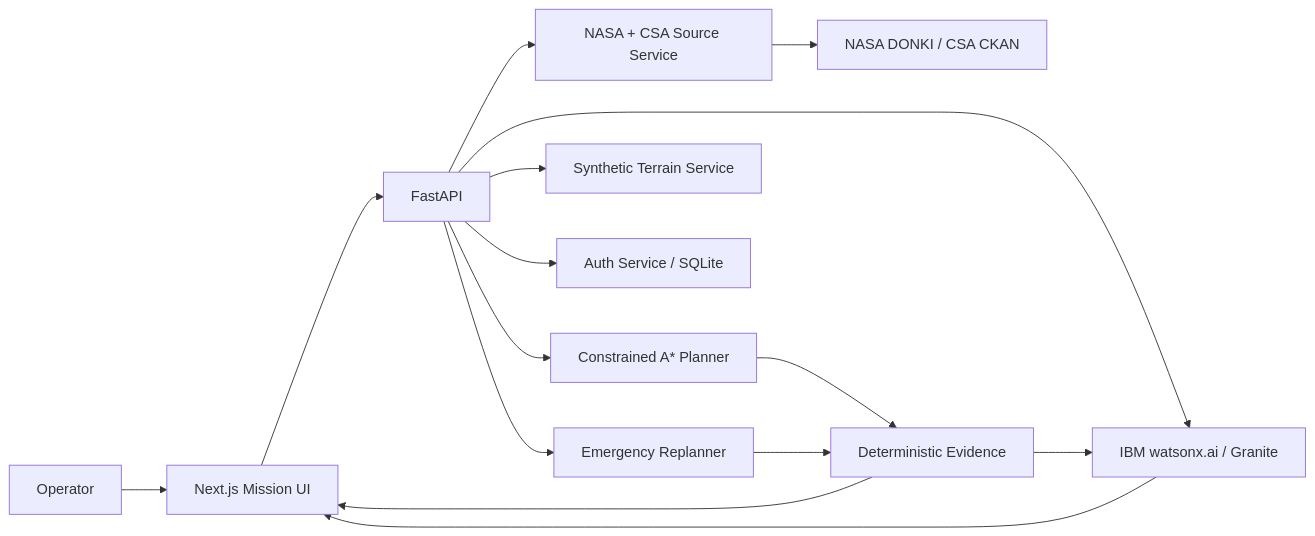
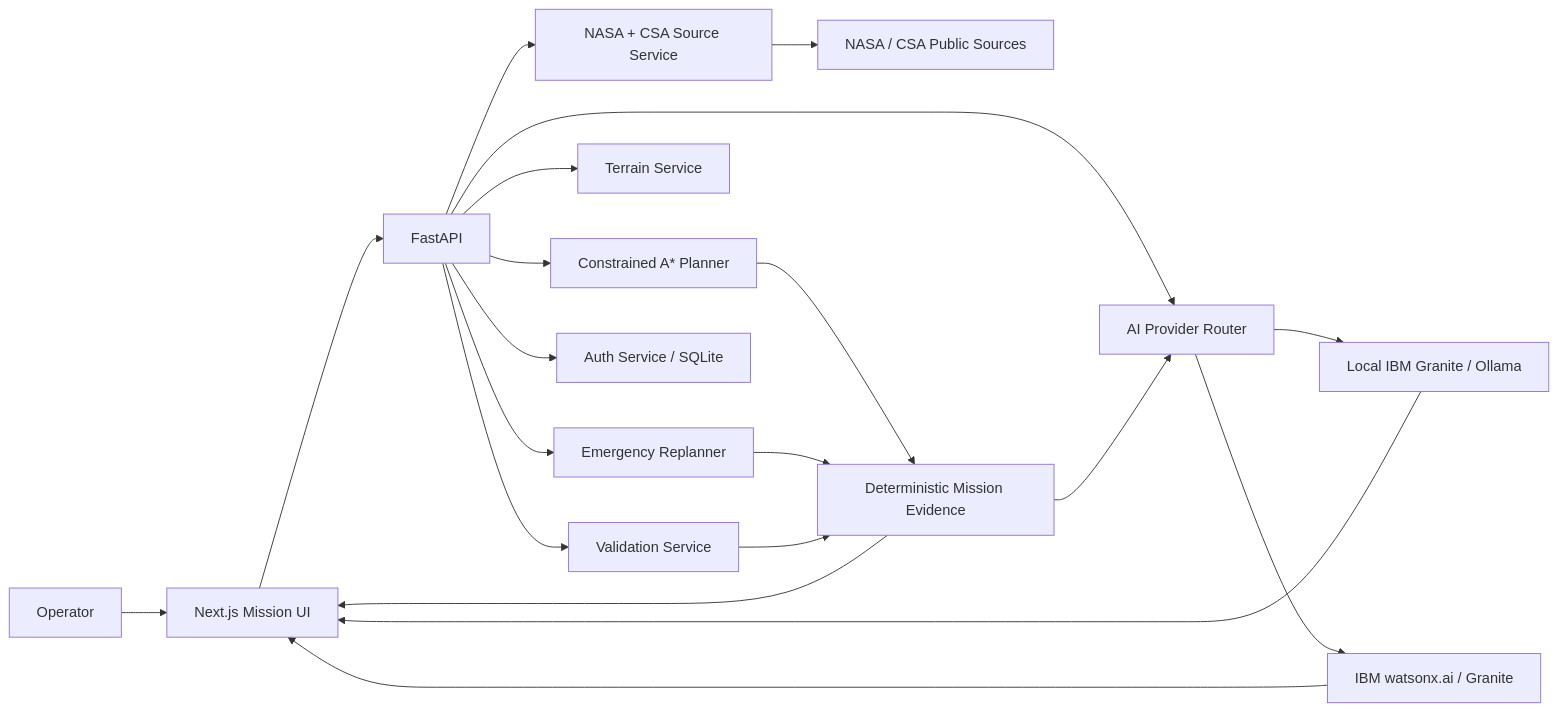
Before and after one commit to asma675/LunaGaurd: the diagram in README.md, drawn with Mermaid. The commit also changed other lines of this file, not shown here.

````diff
--- a/README.md
+++ b/README.md
@@ -182,17 +411,29 @@
 ```mermaid
 graph LR
   U[Operator] --> N[Next.js Mission UI]
+
   N --> F[FastAPI]
+
   F --> P[Constrained A* Planner]
   F --> E[Emergency Replanner]
-  F --> T[Synthetic Terrain Service]
+  F --> T[Terrain Service]
+  F --> V[Validation Service]
   F --> A[Auth Service / SQLite]
   F --> S[NASA + CSA Source Service]
-  S --> D[NASA DONKI / CSA CKAN]
-  F --> W[IBM watsonx.ai / Granite]
-  P --> X[Deterministic Evidence]
+
+  S --> D[NASA / CSA Public Sources]
+
+  F --> R[AI Provider Router]
+  R --> O[Local IBM Granite / Ollama]
+  R --> W[IBM watsonx.ai / Granite]
+
+  P --> X[Deterministic Mission Evidence]
   E --> X
+  V --> X
+
   X --> N
-  X --> W
+  X --> R
+
+  O --> N
   W --> N
 ```
````
